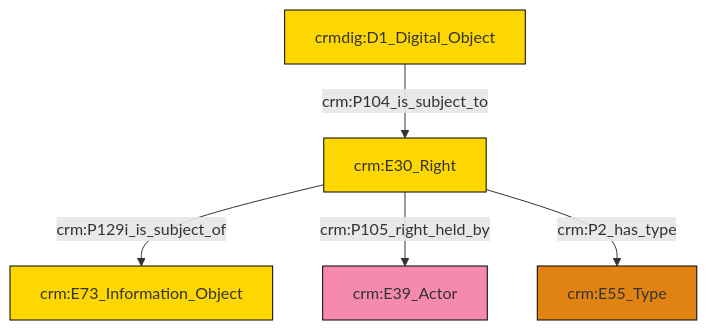
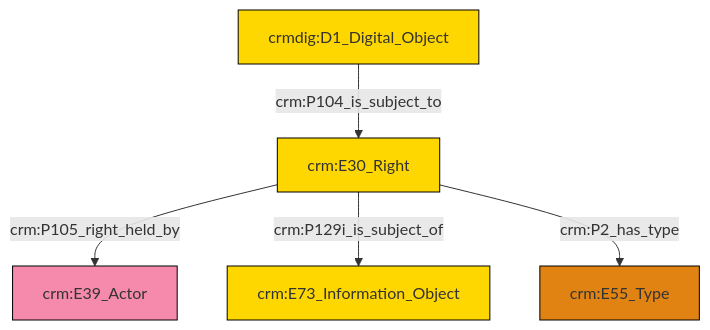
Before and after one commit to swiss-art-research-net/reference-data-models: the diagram in et/doCSV/ttl/mmd/do_rights.ttl.mmd, drawn with Mermaid. The commit also changed 124 other files, not shown here.

```diff
--- a/et/doCSV/ttl/mmd/do_rights.ttl.mmd
+++ b/et/doCSV/ttl/mmd/do_rights.ttl.mmd
@@ -1,19 +1,19 @@
 graph TD
 classDef Literal fill:#f2f2f2,stroke:#000000;
 classDef CRM_Entity fill:#FFFFFF,stroke:#000000;
 classDef Temporal_Entity fill:#00C9E6, stroke:#000000;
 classDef Type fill:#E18312, stroke:#000000;
 classDef Time-Span fill:#2C9C91, stroke:#000000;
 classDef Appellation fill:#FFEB7F, stroke:#000000;
 classDef Place fill:#008836, stroke:#000000;
 classDef Persistent_Item fill:#B266B2, stroke:#000000;
 classDef Conceptual_Object fill:#FFD700, stroke:#000000;
 classDef Physical_Thing fill:#D2B48C, stroke:#000000;
 classDef Actor fill:#f58aad, stroke:#000000;
 classDef PC_Classes fill:#4ce600, stroke:#000000;
 classDef Multi fill:#cccccc,stroke:#000000;
 
-0["crm:E30_Right"]:::Conceptual_Object -->|crm:P129i_is_subject_of| 1["crm:E73_Information_Object"]:::Conceptual_Object
-0["crm:E30_Right"]:::Conceptual_Object -->|crm:P105_right_held_by| 2["crm:E39_Actor"]:::Actor
-4["crmdig:D1_Digital_Object"]:::Conceptual_Object -->|crm:P104_is_subject_to| 0["crm:E30_Right"]:::Conceptual_Object
-0["crm:E30_Right"]:::Conceptual_Object -->|crm:P2_has_type| 5["crm:E55_Type"]:::Type
+0["crm:E30_Right"]:::Conceptual_Object -->|crm:P105_right_held_by| 1["crm:E39_Actor"]:::Actor
+7["crmdig:D1_Digital_Object"]:::Conceptual_Object -->|crm:P104_is_subject_to| 0["crm:E30_Right"]:::Conceptual_Object
+0["crm:E30_Right"]:::Conceptual_Object -->|crm:P129i_is_subject_of| 5["crm:E73_Information_Object"]:::Conceptual_Object
+0["crm:E30_Right"]:::Conceptual_Object -->|crm:P2_has_type| 3["crm:E55_Type"]:::Type
```
